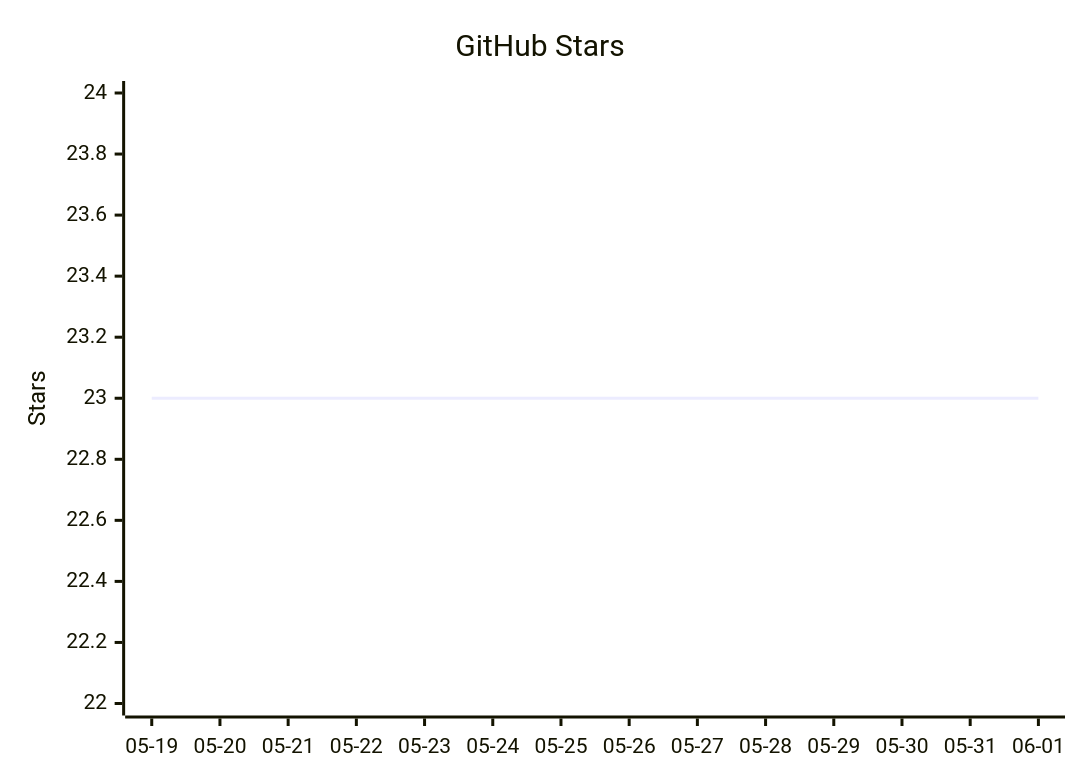
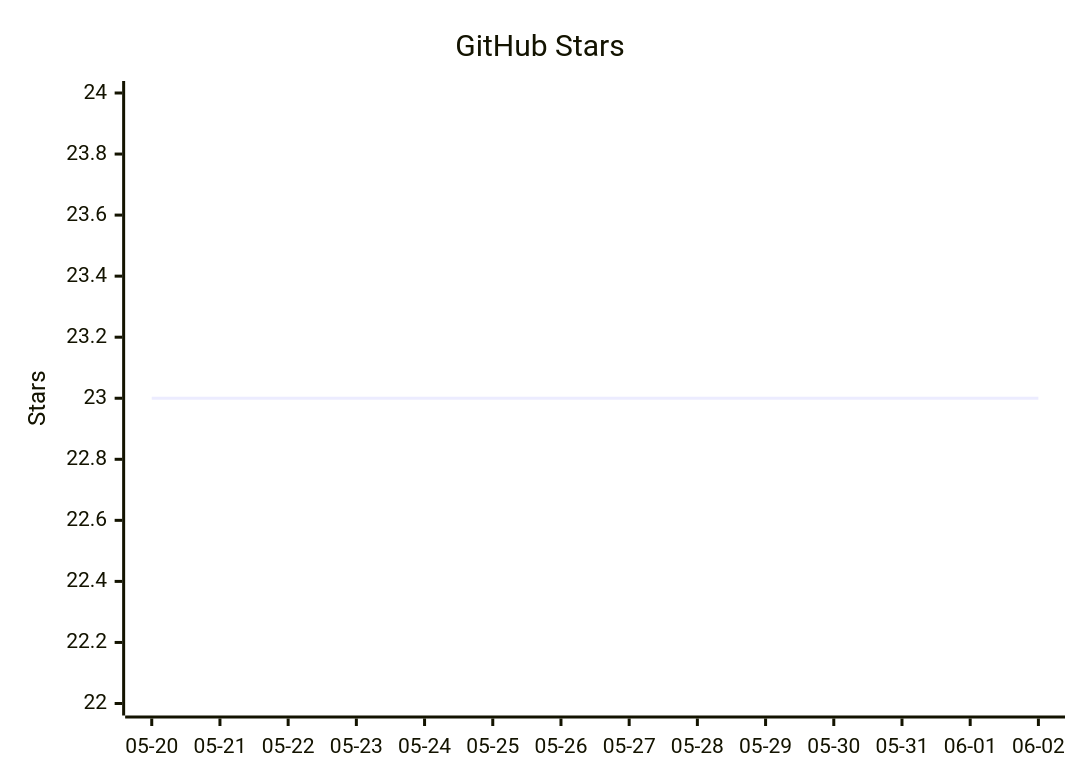
Before and after one commit to vectie/moonclaw: the diagram in README.mbt.md, drawn with Mermaid. The commit also changed other lines of this file and 1 other file, not shown here.

Commit message:
Update README star growth

````diff
--- a/README.mbt.md
+++ b/README.mbt.md
@@ -490,7 +490,7 @@
 ```mermaid
 xychart-beta
     title "GitHub Stars"
-    x-axis ["05-19","05-20","05-21","05-22","05-23","05-24","05-25","05-26","05-27","05-28","05-29","05-30","05-31","06-01"]
+    x-axis ["05-20","05-21","05-22","05-23","05-24","05-25","05-26","05-27","05-28","05-29","05-30","05-31","06-01","06-02"]
     y-axis "Stars" 22 --> 24
     line [23,23,23,23,23,23,23,23,23,23,23,23,23,23]
 ```
````
